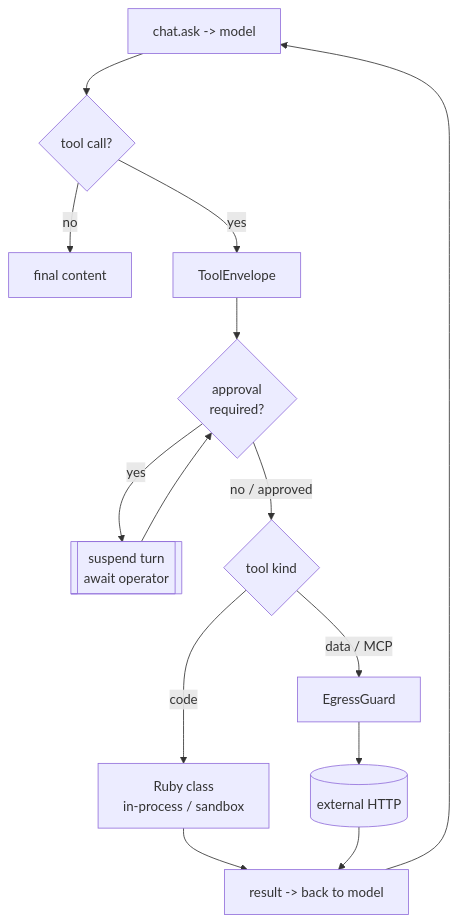
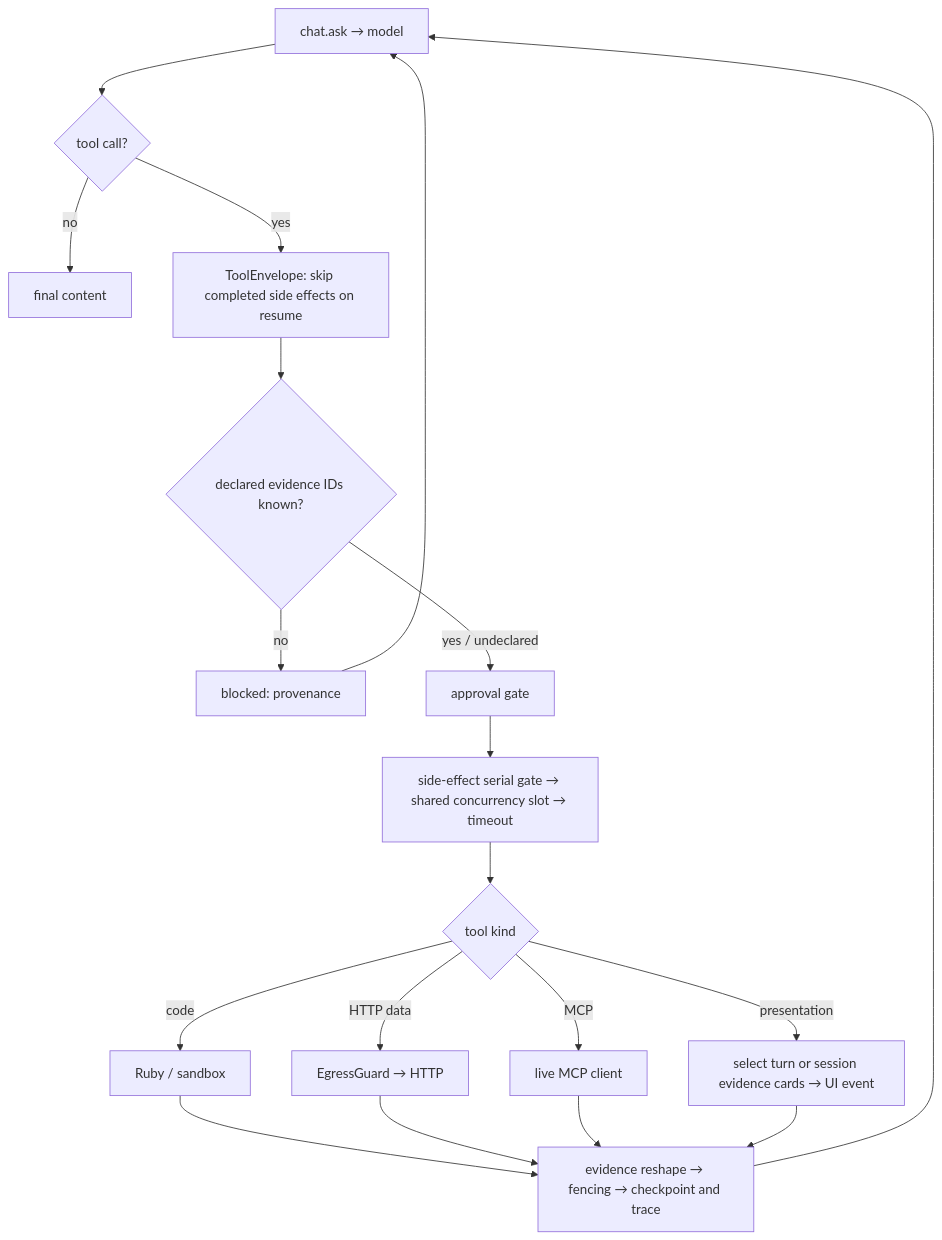
The third of 6 diagrams in docs/ARCHITECTURE.md (guizaols/insika), drawn with Mermaid before and after one commit. The commit also changed other lines of this file and 57 other files, not shown here.

````diff
--- a/docs/ARCHITECTURE.md
+++ b/docs/ARCHITECTURE.md
@@ -191,15 +190,21 @@
 ```mermaid
 flowchart TD
-  ask[chat.ask -> model] --> dec{tool call?}
+  ask[chat.ask → model] --> dec{tool call?}
   dec -->|no| done[final content]
-  dec -->|yes| env[ToolEnvelope]
-  env --> appr{approval<br/>required?}
-  appr -->|yes| suspend[[suspend turn<br/>await operator]]
-  suspend --> appr
-  appr -->|no / approved| kind{tool kind}
-  kind -->|code| ruby[Ruby class<br/>in-process / sandbox]
-  kind -->|data / MCP| egress[EgressGuard] --> http[(external HTTP)]
-  ruby --> obs[result -> back to model]
-  http --> obs
-  obs --> ask
+  dec -->|yes| env[ToolEnvelope: skip completed side effects on resume]
+  env --> prov{declared evidence IDs known?}
+  prov -->|no| blocked[blocked: provenance]
+  blocked --> ask
+  prov -->|yes / undeclared| appr[approval gate]
+  appr --> gates[side-effect serial gate → shared concurrency slot → timeout]
+  gates --> kind{tool kind}
+  kind -->|code| ruby[Ruby / sandbox]
+  kind -->|HTTP data| http[EgressGuard → HTTP]
+  kind -->|MCP| mcp[live MCP client]
+  kind -->|presentation| cards[select turn or session evidence cards → UI event]
+  ruby --> result[evidence reshape → fencing → checkpoint and trace]
+  http --> result
+  mcp --> result
+  cards --> result
+  result --> ask
 ```
````
